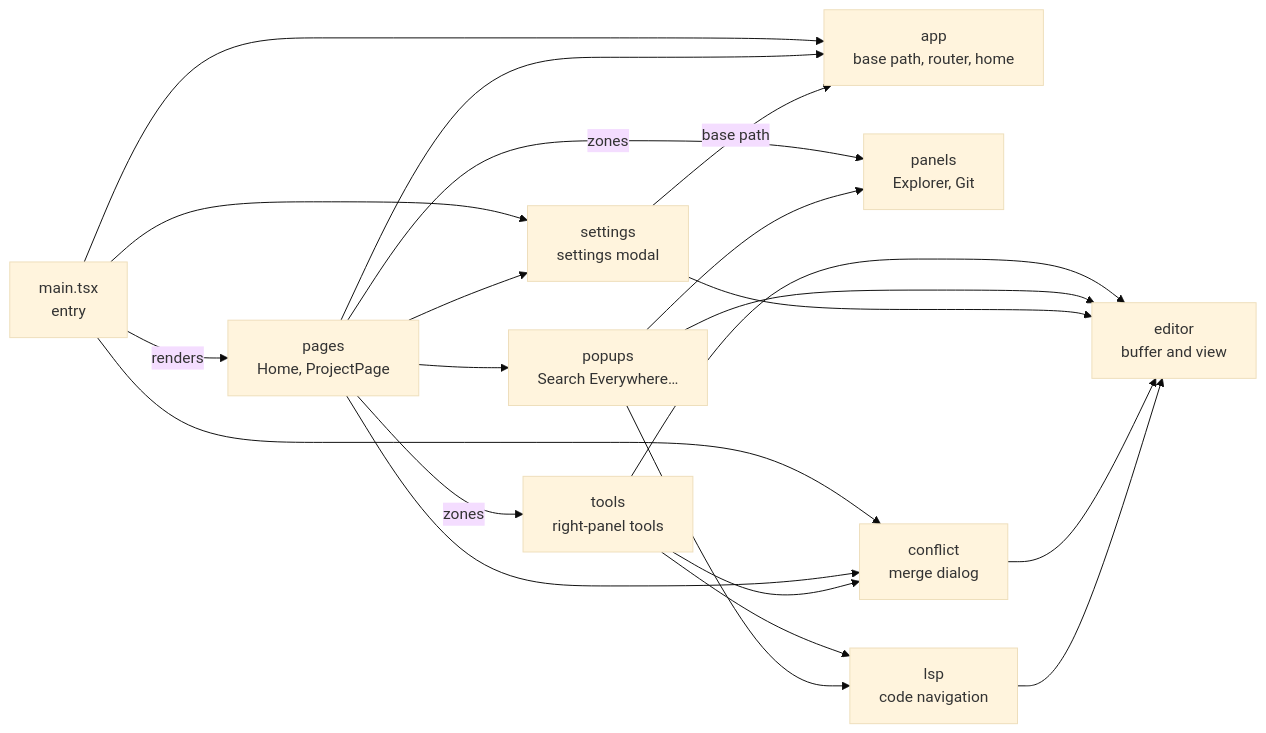
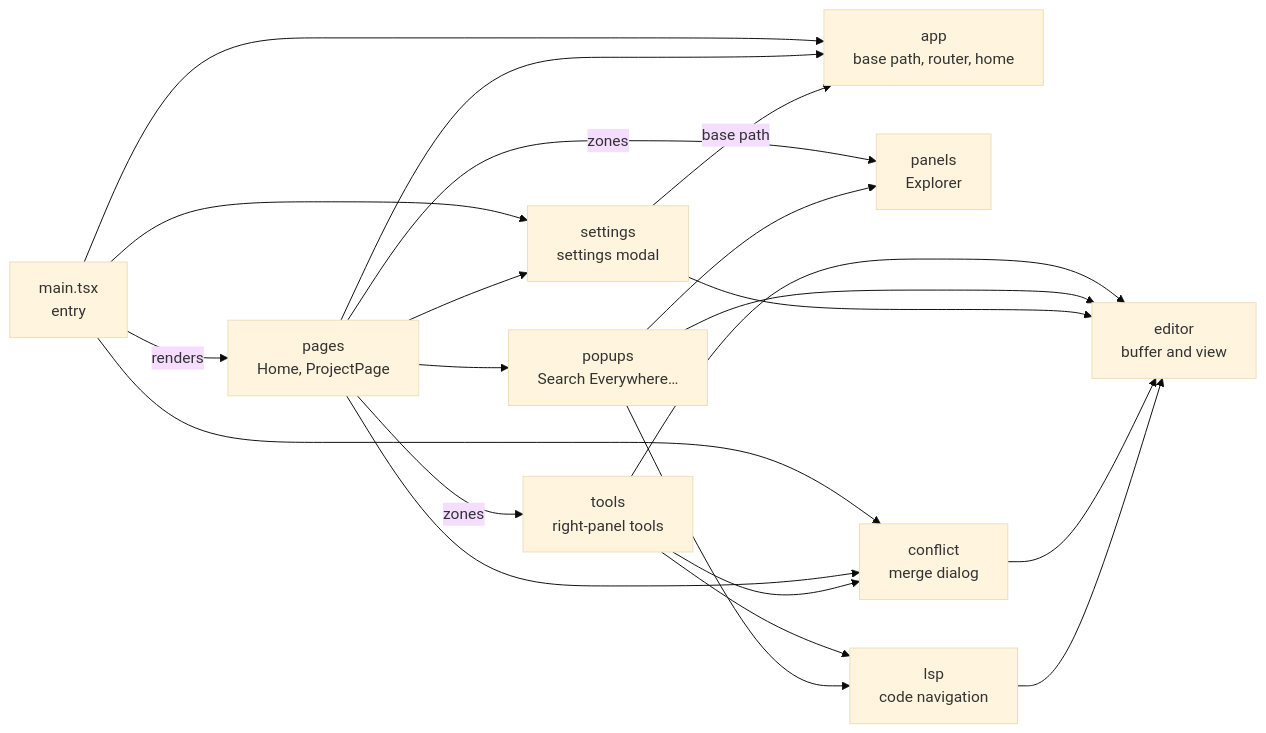
One commit to DrSmithFr/web-ide changed the first of 2 diagrams in web/src/README.md. Above: the diagram before and after it, drawn with Mermaid (base theme). The commit also changed other lines of this file and 52 other files, not shown here.

````diff
--- a/web/src/README.md
+++ b/web/src/README.md
@@ -7,33 +7,33 @@
 ```mermaid
 flowchart LR
   main["main.tsx<br/>entry"]
   app["app<br/>base path, router, home"]
   pages["pages<br/>Home, ProjectPage"]
   tools["tools<br/>right-panel tools"]
-  panels["panels<br/>Explorer, Git"]
+  panels["panels<br/>Explorer"]
   popups["popups<br/>Search Everywhere…"]
   settings["settings<br/>settings modal"]
   conflict["conflict<br/>merge dialog"]
   lsp["lsp<br/>code navigation"]
   editor["editor<br/>buffer and view"]
   main --> app
   main --> conflict
   main -->|"renders"| pages
   main --> settings
   pages --> app
   pages --> conflict
   pages -->|"zones"| panels
   pages --> popups
   pages --> settings
   pages -->|"zones"| tools
   tools --> conflict
   tools --> editor
   tools --> lsp
   popups --> editor
   popups --> lsp
   popups --> panels
   settings -->|"base path"| app
   settings --> editor
   conflict --> editor
   lsp --> editor
 ```
````
